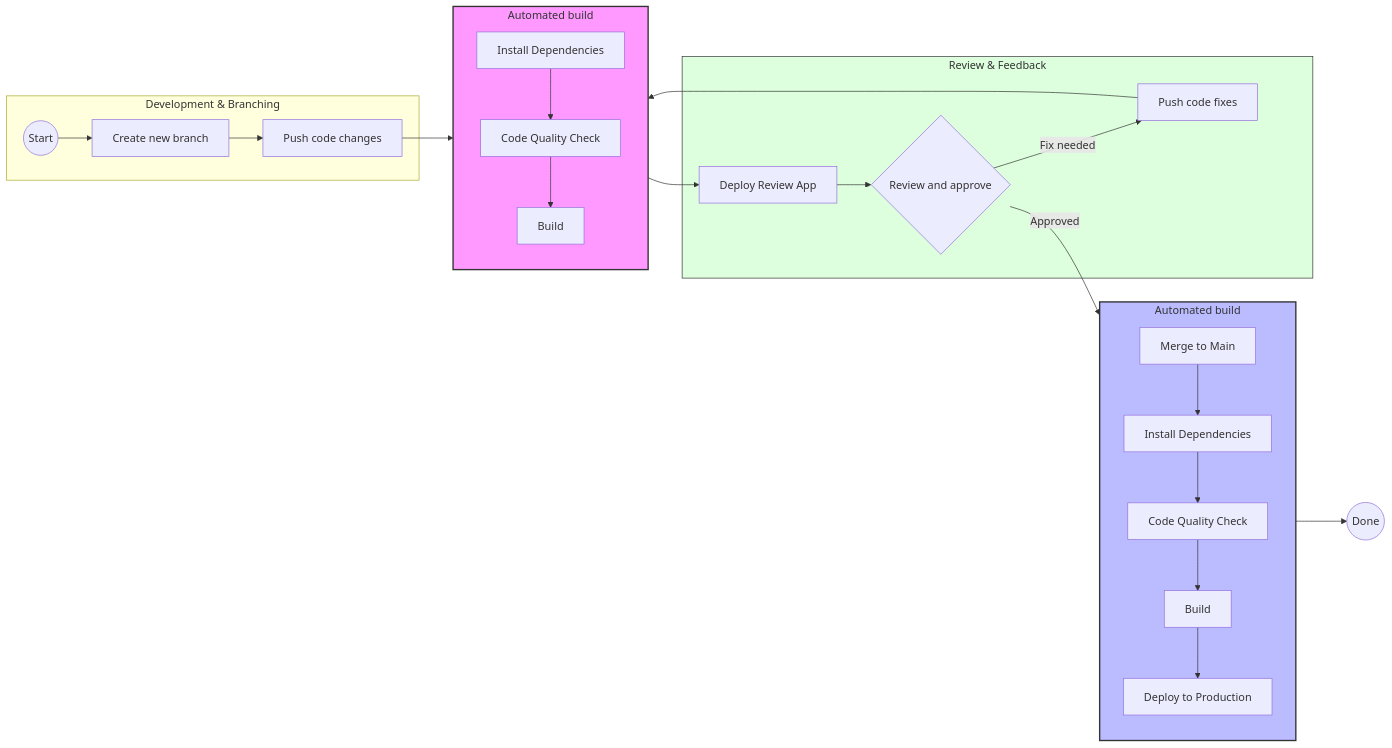
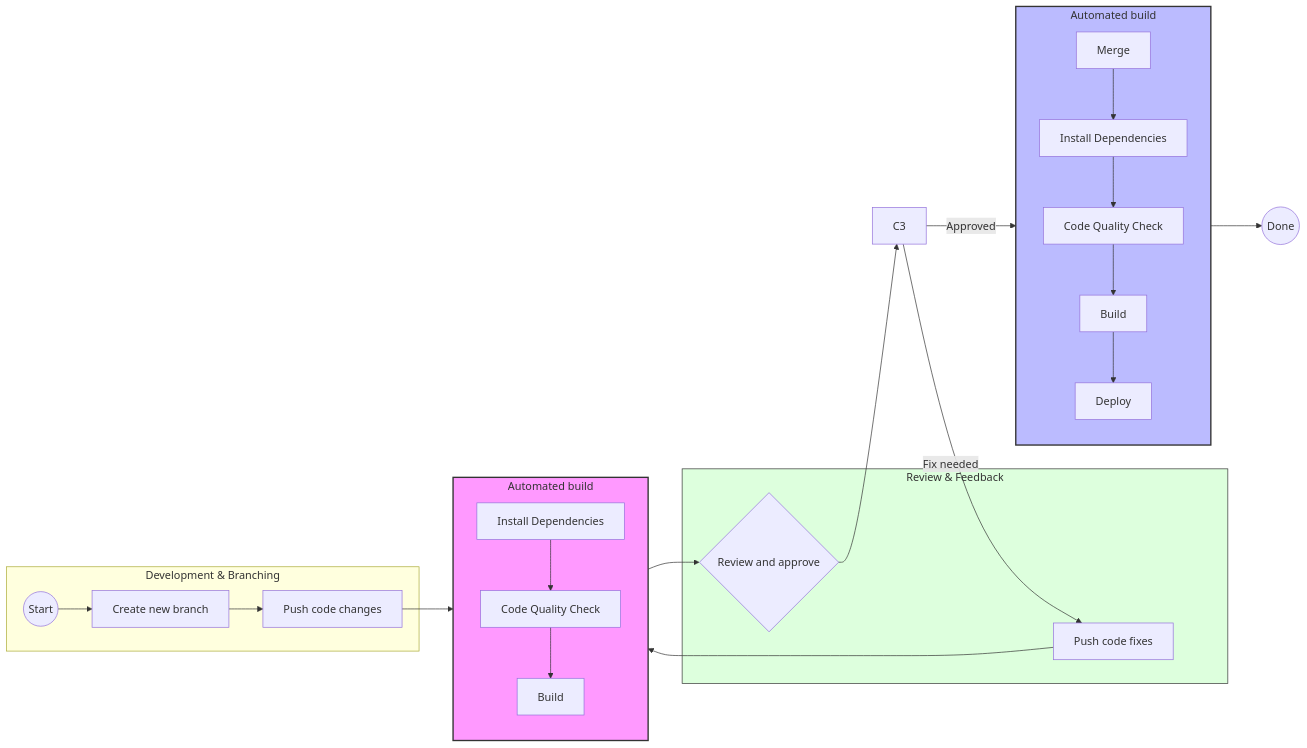
Before and after one commit to nguyenvt-amira/fitness-crm-vercel: the second of 3 diagrams in README.md, drawn with Mermaid. The commit also changed other lines of this file, not shown here.

````diff
--- a/README.md
+++ b/README.md
@@ -412,49 +412,48 @@
 ```mermaid
 flowchart LR
     %% Phase 1: Development
     subgraph Phase1 [Development & Branching]
         A1((Start)) --> A2[Create new branch]
         A2 --> A3[Push code changes]
     end
 
     %% Phase 2: CI (Automated build)
     subgraph CI [Automated build]
         direction TB
         B1[Install Dependencies] --> B2[Code Quality Check]
         B2 --> B3[Build]
     end
 
     %% Phase 3: Review & App
     subgraph ReviewPhase [Review & Feedback]
         C1[Push code fixes]
-        C2[Deploy Review App]
-        C3{Review and approve}
+        C2{Review and approve}
     end
 
     %% Phase 4: CD (Automated build)
     subgraph CD [Automated build]
         direction TB
-        D1[Merge to Main] --> D2[Install Dependencies]
+        D1[Merge] --> D2[Install Dependencies]
         D2 --> D3[Code Quality Check]
         D3 --> D4[Build]
-        D4 --> D5[Deploy to Production]
+        D4 --> D5[Deploy]
     end
 
     %% Connections
     A3 --> B1
     B3 --> C2
     C2 --> C3
 
     %% Loop back if failed review
     C3 -- "Fix needed" --> C1
     C1 --> B1
 
     %% Success Flow
     C3 -- "Approved" --> D1
     D5 --> End((Done))
 
     %% Styling
     style CI fill:#f9f,stroke:#333,stroke-width:2px
     style CD fill:#bbf,stroke:#333,stroke-width:2px
     style ReviewPhase fill:#dfd,stroke:#333
 ```
````
